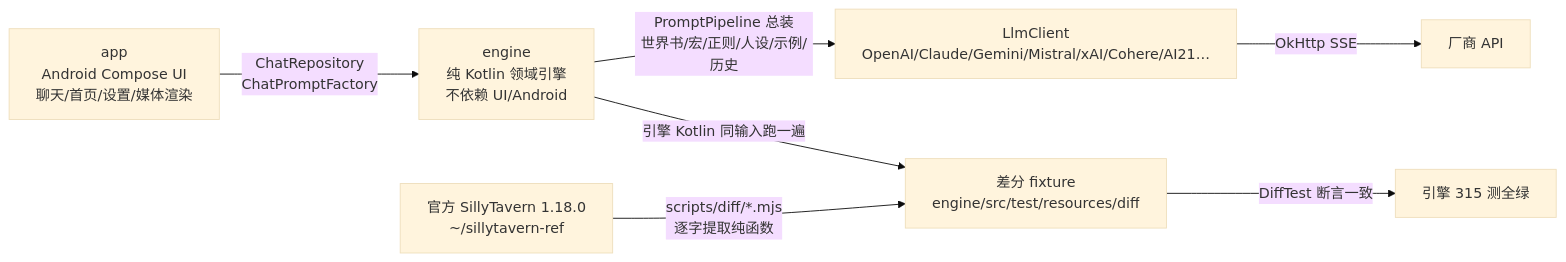
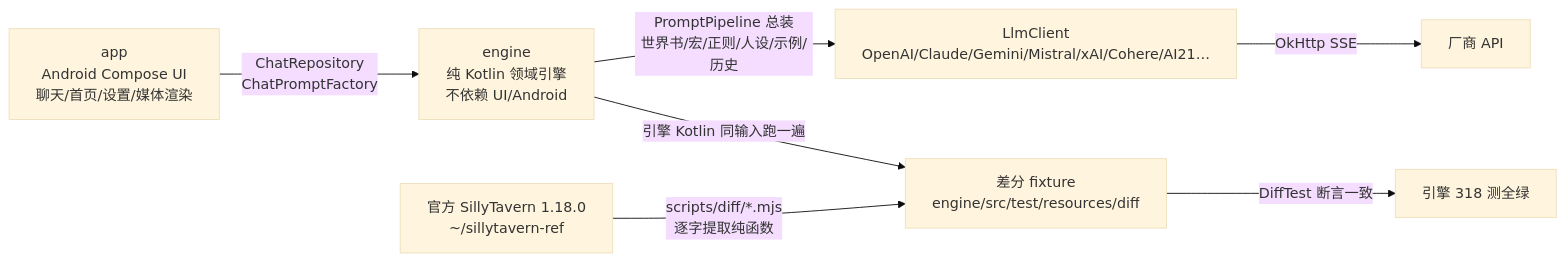
Before and after one commit to heikeyangle-code/ember-inn: the diagram in docs/HANDOFF.md, drawn with Mermaid (base theme). The commit also changed other lines of this file, not shown here.

````diff
--- a/docs/HANDOFF.md
+++ b/docs/HANDOFF.md
@@ -7,9 +7,9 @@
 ```mermaid
 flowchart LR
  A[app<br/>Android Compose UI<br/>聊天/首页/设置/媒体渲染] -->|ChatRepository<br/>ChatPromptFactory| B[engine<br/>纯 Kotlin 领域引擎<br/>不依赖 UI/Android]
  B -->|PromptPipeline 总装<br/>世界书/宏/正则/人设/示例/历史| C[LlmClient<br/>OpenAI/Claude/Gemini/Mistral/xAI/Cohere/AI21…]
  C -->|OkHttp SSE| D[厂商 API]
  E[官方 SillyTavern 1.18.0<br/>~/sillytavern-ref] -->|scripts/diff/*.mjs<br/>逐字提取纯函数| F[差分 fixture<br/>engine/src/test/resources/diff]
  B -->|引擎 Kotlin 同输入跑一遍| F
- F -->|DiffTest 断言一致| G[引擎 315 测全绿]
+ F -->|DiffTest 断言一致| G[引擎 318 测全绿]
 ```
````
